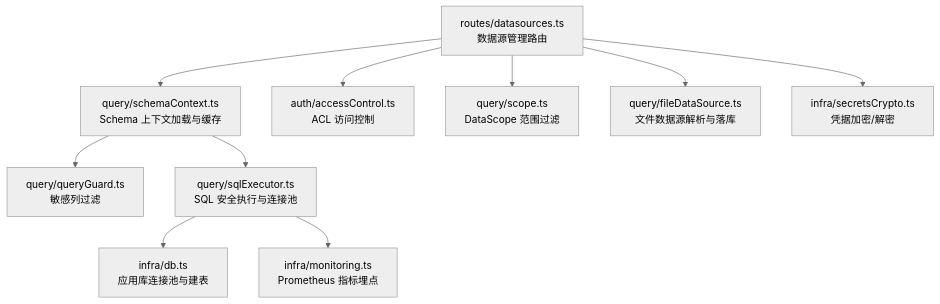
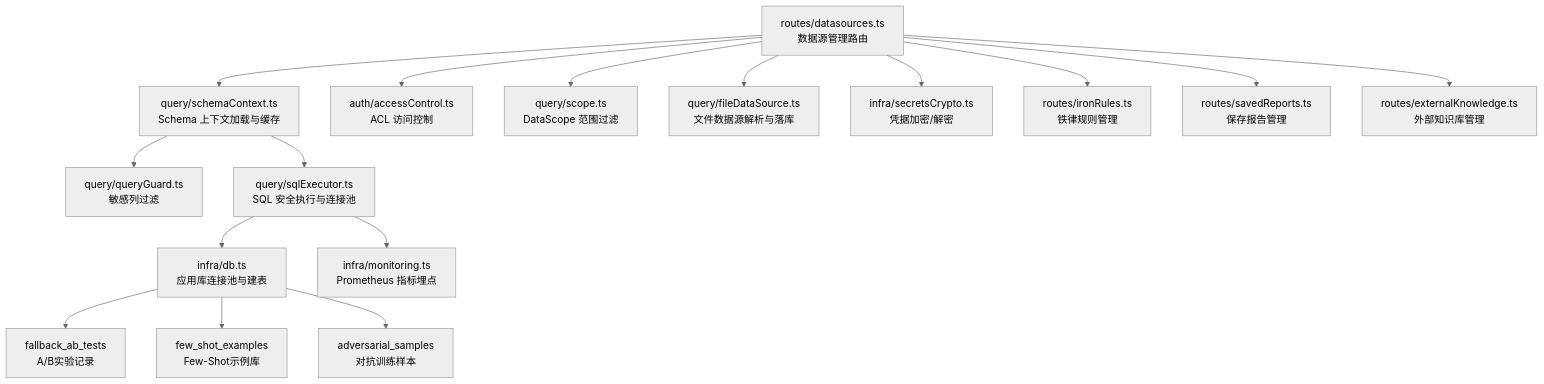
One commit to dgjin/smart-data-analytics changed the first of 6 diagrams in .qoder/repowiki/zh/content/数据源管理/数据源管理.md. Above: the diagram before and after it, drawn with Mermaid (neutral theme). The commit also changed other lines of this file and 100 other files, not shown here.

````diff
--- a/.qoder/repowiki/zh/content/数据源管理/数据源管理.md
+++ b/.qoder/repowiki/zh/content/数据源管理/数据源管理.md
@@ -41,12 +56,18 @@
 ```mermaid
 graph TB
 A["routes/datasources.ts<br/>数据源管理路由"] --> B["query/schemaContext.ts<br/>Schema 上下文加载与缓存"]
 A --> C["auth/accessControl.ts<br/>ACL 访问控制"]
 A --> D["query/scope.ts<br/>DataScope 范围过滤"]
 A --> E["query/fileDataSource.ts<br/>文件数据源解析与落库"]
 B --> F["query/queryGuard.ts<br/>敏感列过滤"]
 B --> G["query/sqlExecutor.ts<br/>SQL 安全执行与连接池"]
 G --> H["infra/db.ts<br/>应用库连接池与建表"]
 G --> I["infra/monitoring.ts<br/>Prometheus 指标埋点"]
 A --> J["infra/secretsCrypto.ts<br/>凭据加密/解密"]
+A --> K["routes/ironRules.ts<br/>铁律规则管理"]
+A --> L["routes/savedReports.ts<br/>保存报告管理"]
+A --> M["routes/externalKnowledge.ts<br/>外部知识库管理"]
+H --> N["fallback_ab_tests<br/>A/B实验记录"]
+H --> O["few_shot_examples<br/>Few-Shot示例库"]
+H --> P["adversarial_samples<br/>对抗训练样本"]
 ```
````
